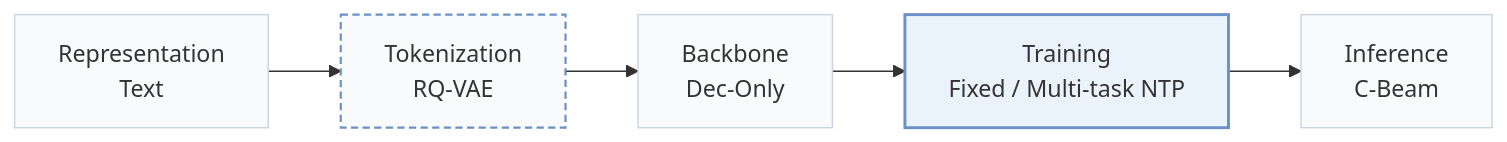
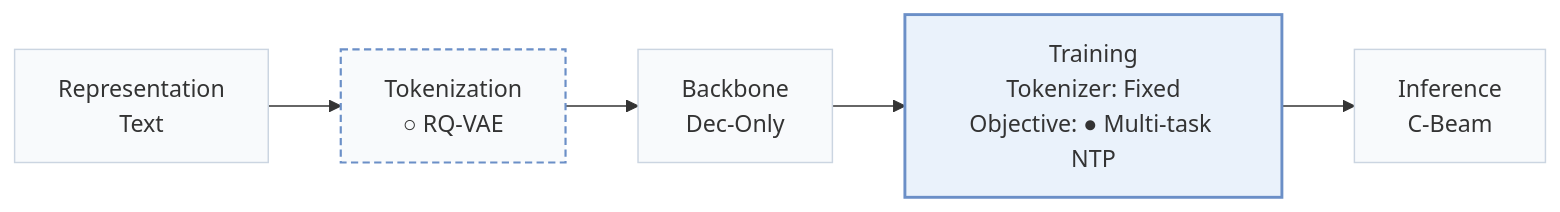
One commit to Galaxy-ghost/Awesome-SID-Generative-Rec changed the first of 3 diagrams in pages/papers/lc-rec.md. Above: the diagram before and after it, drawn with Mermaid. The commit also changed other lines of this file and 558 other files, not shown here.

````diff
--- a/pages/papers/lc-rec.md
+++ b/pages/papers/lc-rec.md
@@ -15,10 +18,10 @@
 ```mermaid
 flowchart LR
-    R["Representation<br/>Text"] --> T["Tokenization<br/>RQ-VAE"] --> B["Backbone<br/>Dec-Only"] --> TR["Training<br/>Fixed / Multi-task NTP"] --> I["Inference<br/>C-Beam"]
+    R["Representation<br/>Text"] --> T["Tokenization<br/>○ RQ-VAE"] --> B["Backbone<br/>Dec-Only"] --> TR["Training<br/>Tokenizer: Fixed<br/>Objective: ● Multi-task NTP"] --> I["Inference<br/>C-Beam"]
     classDef base fill:#f8fafc,stroke:#cbd5e1
     class R,T,B,TR,I base
-    classDef also fill:#f8fafc,stroke:#6b8fc7,stroke-width:1.5px,stroke-dasharray:5 3
-    class T also
+    classDef other fill:#f8fafc,stroke:#6b8fc7,stroke-width:1.5px,stroke-dasharray:5 3
+    class T other
     classDef main fill:#eaf2fb,stroke:#6b8fc7,stroke-width:2px
     class TR main
 ```
````
